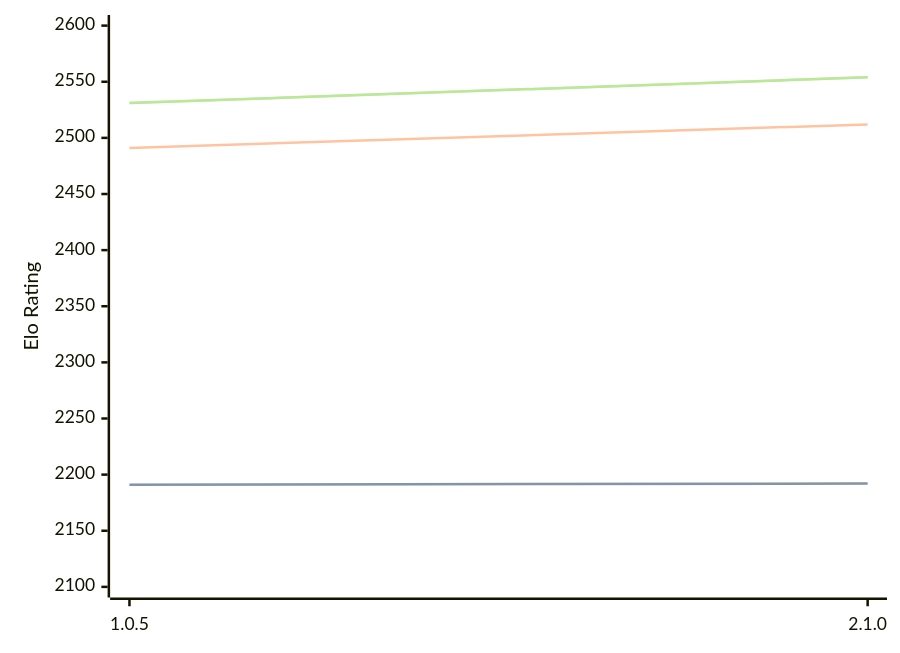
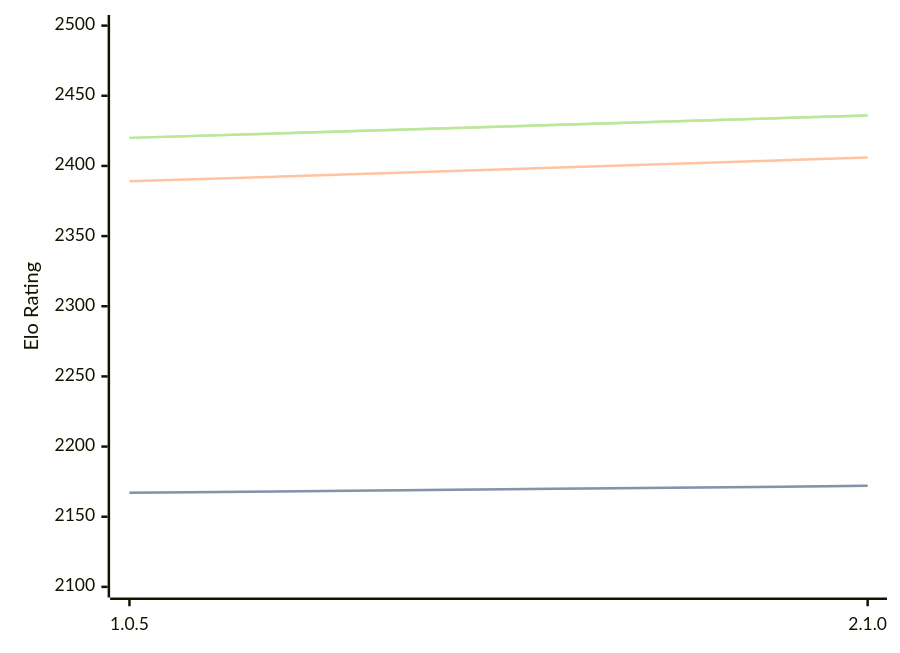
One commit to computer-chess-index/cci changed the diagram in engines/Ruffian.md. Above: the diagram before and after it, drawn with Mermaid. The commit also changed other lines of this file, not shown here.

Commit message:
Update CCI Ratings (ELO VLTC) - 2026-02-23

````diff
--- a/engines/Ruffian.md
+++ b/engines/Ruffian.md
@@ -29,11 +29,11 @@
 ```mermaid
 %%{init: {"theme":"base","themeVariables":{"seriesColors:['#a3a3a3','#222221','#faa371']}}}%%
 xychart-beta
   x-axis ["1.0.5", "2.1.0"]
-  y-axis "Elo Rating" 2100 --> 2600
-  line "STC (8.0+0.08s)" [2191, 2192]
-  line "STC (8.0+0.08s)" [2191, 2192]
-  line "LTC (60.0+0.60s)" [2491, 2512]
-  line "VLTC (2m24s+1.12s)" [2531, 2554]
-  line "VLTC (2m24s+1.12s)" [2531, 2554]
+  y-axis "Elo Rating" 2100 --> 2500
+  line "STC (8.0+0.08s)" [2167, 2172]
+  line "STC (8.0+0.08s)" [2167, 2172]
+  line "LTC (60.0+0.60s)" [2389, 2406]
+  line "VLTC (2m24s+1.12s)" [2420, 2436]
+  line "VLTC (2m24s+1.12s)" [2420, 2436]
 ```
````
